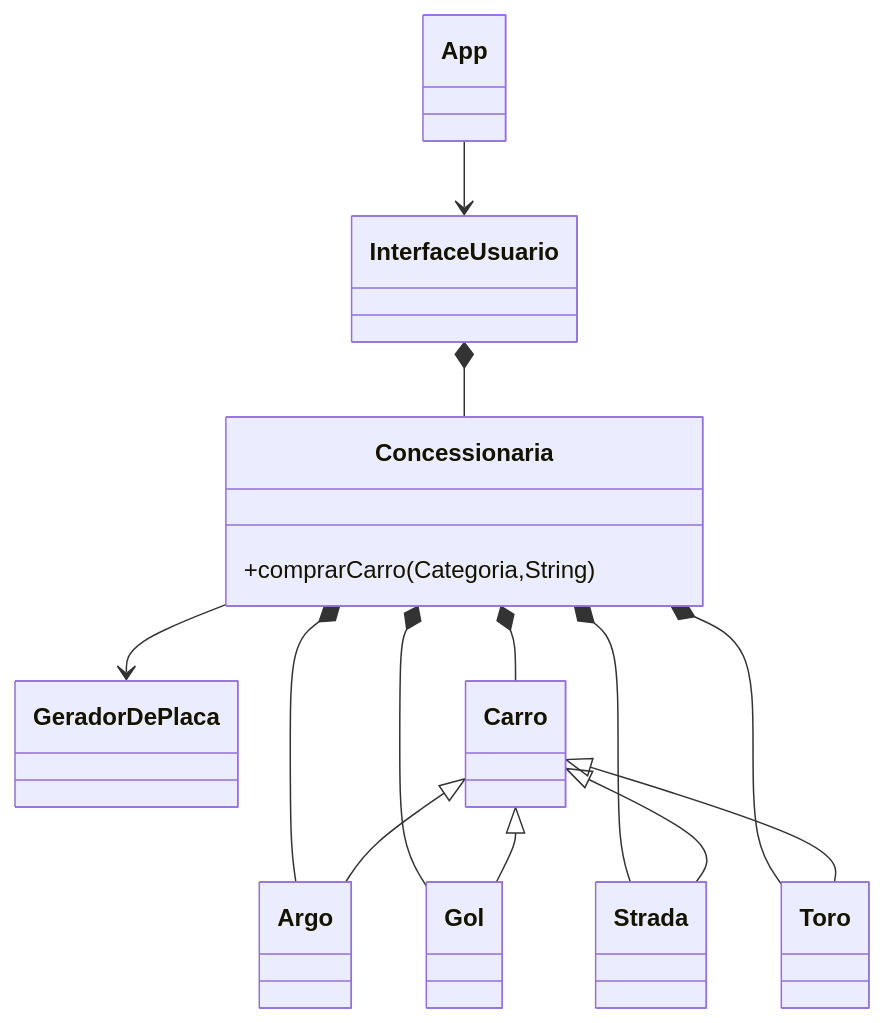
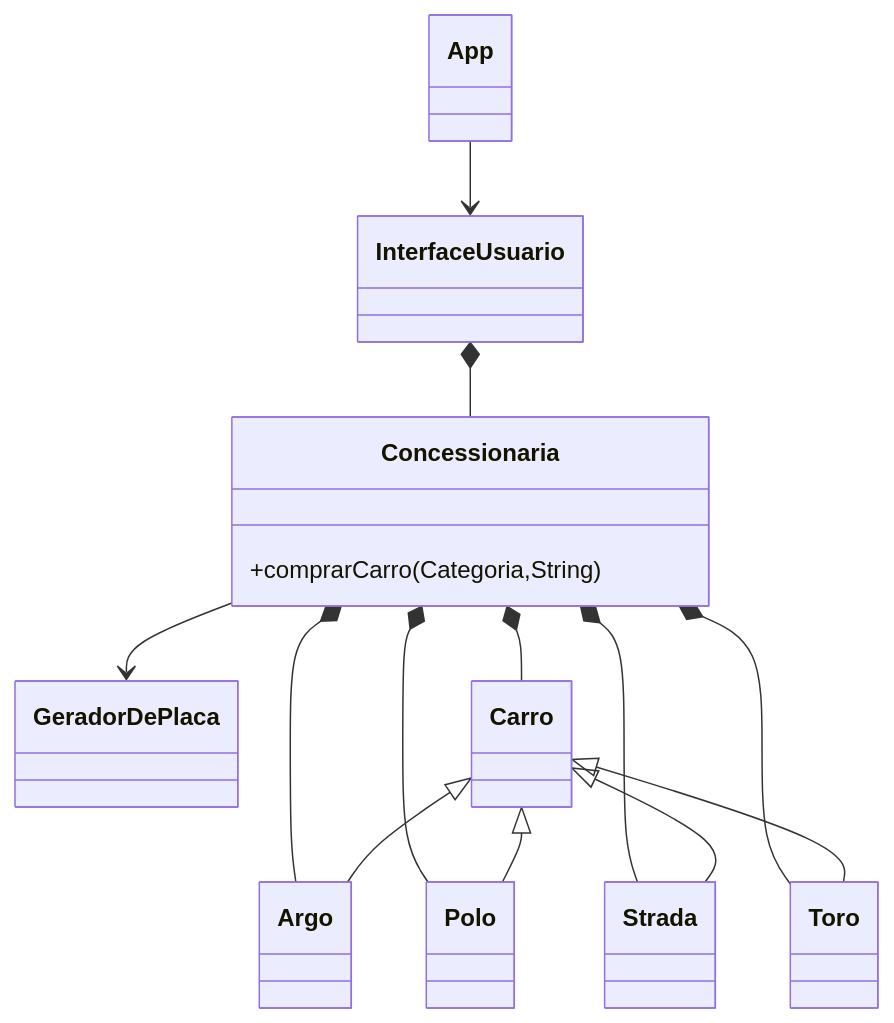
The diagram in README.md (ufla-ppoo/ConcessionariaMultimarcas), drawn with Mermaid before and after one commit. The commit also changed other lines of this file and 8 other files, not shown here.

````diff
--- a/README.md
+++ b/README.md
@@ -69,16 +69,16 @@
 ```mermaid
 classDiagram
     App --> InterfaceUsuario
     InterfaceUsuario *-- Concessionaria
     Concessionaria --> GeradorDePlaca
     Concessionaria *-- Carro
     Concessionaria *-- Argo
-    Concessionaria *-- Gol
+    Concessionaria *-- Polo
     Concessionaria *-- Strada
     Concessionaria *-- Toro
     Carro <|-- Argo
-    Carro <|-- Gol
+    Carro <|-- Polo
     Carro <|-- Strada
     Carro <|-- Toro
     Concessionaria : +comprarCarro(Categoria,String)
 ```
````
